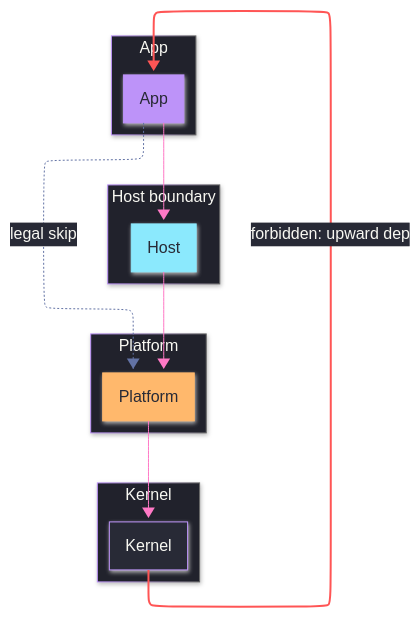
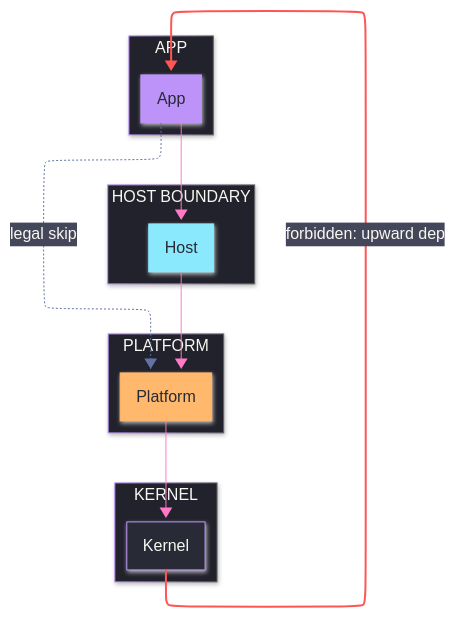
Before and after one commit to bsamiee/Rasm: the diagram in .claude/skills/mermaid-diagramming/templates/strata.mmd.md, drawn with Mermaid. The commit also changed other lines of this file and 51 other files, not shown here.

````diff
--- a/.claude/skills/mermaid-diagramming/templates/strata.mmd.md
+++ b/.claude/skills/mermaid-diagramming/templates/strata.mmd.md
@@ -5,51 +5,54 @@
 ```mermaid
 ---
 config:
   layout: elk
   look: neo
   theme: base
+  flowchart:
+    padding: 16
+  themeCSS: ".nodeLabel{font-size:14px;font-weight:500}.edgeLabel{font-size:12.5px;font-weight:500}.cluster-label .nodeLabel{font-size:13px;font-weight:600}.cluster rect{stroke-width:1.5px}.edgePaths path{stroke-width:1.5px}"
   themeVariables:
     darkMode: true
     background: "#282A36"
     primaryColor: "#44475A"
     primaryTextColor: "#F8F8F2"
     primaryBorderColor: "#BD93F9"
     lineColor: "#FF79C6"
     textColor: "#F8F8F2"
     clusterBkg: "#21222C"
     clusterBorder: "#6272A4"
-    edgeLabelBackground: "#282A36"
+    edgeLabelBackground: "#44475A"
     titleColor: "#F8F8F2"
-    fontFamily: "monospace"
+    fontFamily: "SF Mono, Menlo, Cascadia Mono, Segoe UI Mono, Consolas, monospace"
 ---
 flowchart TB
     accTitle: Stratum dependency law
     accDescr: Four stacked strata with downward-only dependency edges, one dashed legal skip edge, and one forbidden upward edge styled red and marked prohibited.
-    subgraph L4[App]
+    subgraph L4[APP]
         App[App]
     end
-    subgraph L3[Host boundary]
+    subgraph L3[HOST BOUNDARY]
         Host[Host]
     end
-    subgraph L2[Platform]
+    subgraph L2[PLATFORM]
         Platform[Platform]
     end
-    subgraph L1[Kernel]
+    subgraph L1[KERNEL]
         Kernel[Kernel]
     end
     App --> Host
     Host --> Platform
     Platform --> Kernel
     App -.->|legal skip| Platform
     Kernel -->|"forbidden: upward dep"| App
-    linkStyle 3 stroke:#6272A4
-    linkStyle 4 stroke:#FF5555,stroke-width:2px,color:#FF5555
+    linkStyle 3 stroke:#6272A4,color:#F8F8F2
+    linkStyle 4 stroke:#FF5555,stroke-width:2px,color:#F8F8F2
     classDef stratumApp fill:#BD93F9,stroke:#BD93F9,color:#282A36
     classDef stratumHost fill:#8BE9FD,stroke:#8BE9FD,color:#282A36
     classDef stratumPlatform fill:#FFB86C,stroke:#FFB86C,color:#282A36
     classDef boundary fill:#282A36,stroke:#BD93F9,color:#F8F8F2
     class App stratumApp
     class Host stratumHost
     class Platform stratumPlatform
     class Kernel boundary
 ```
````
